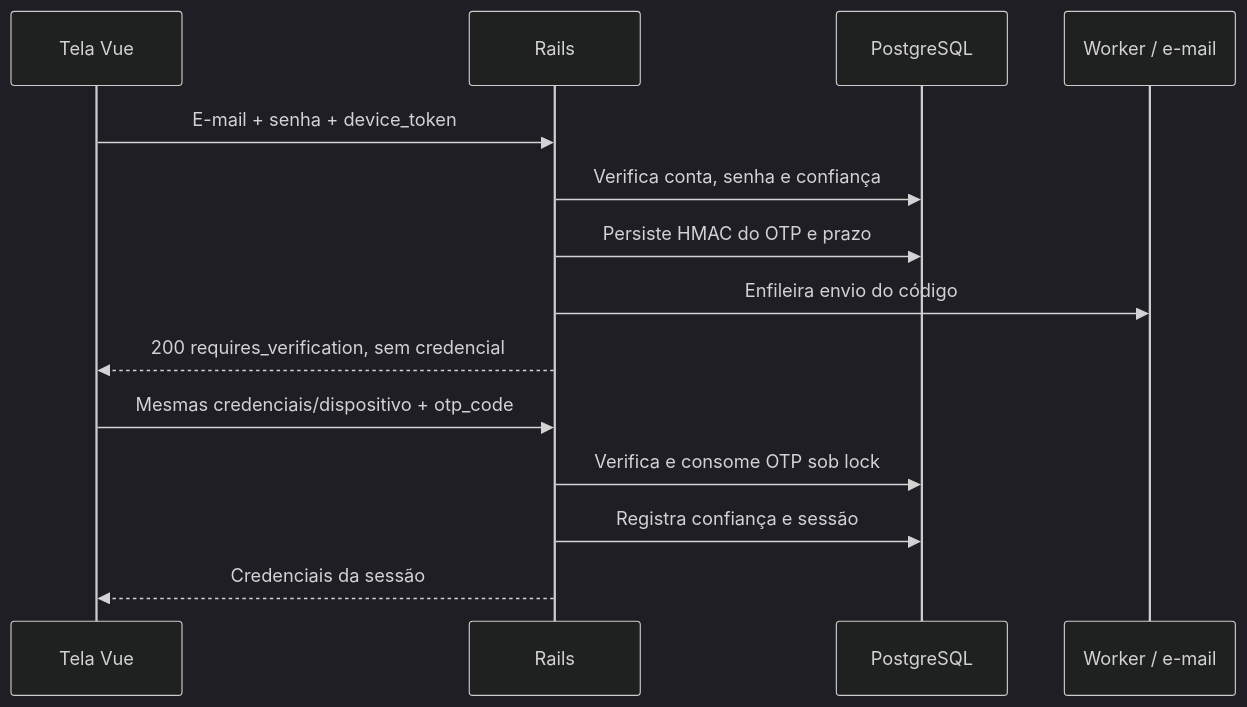
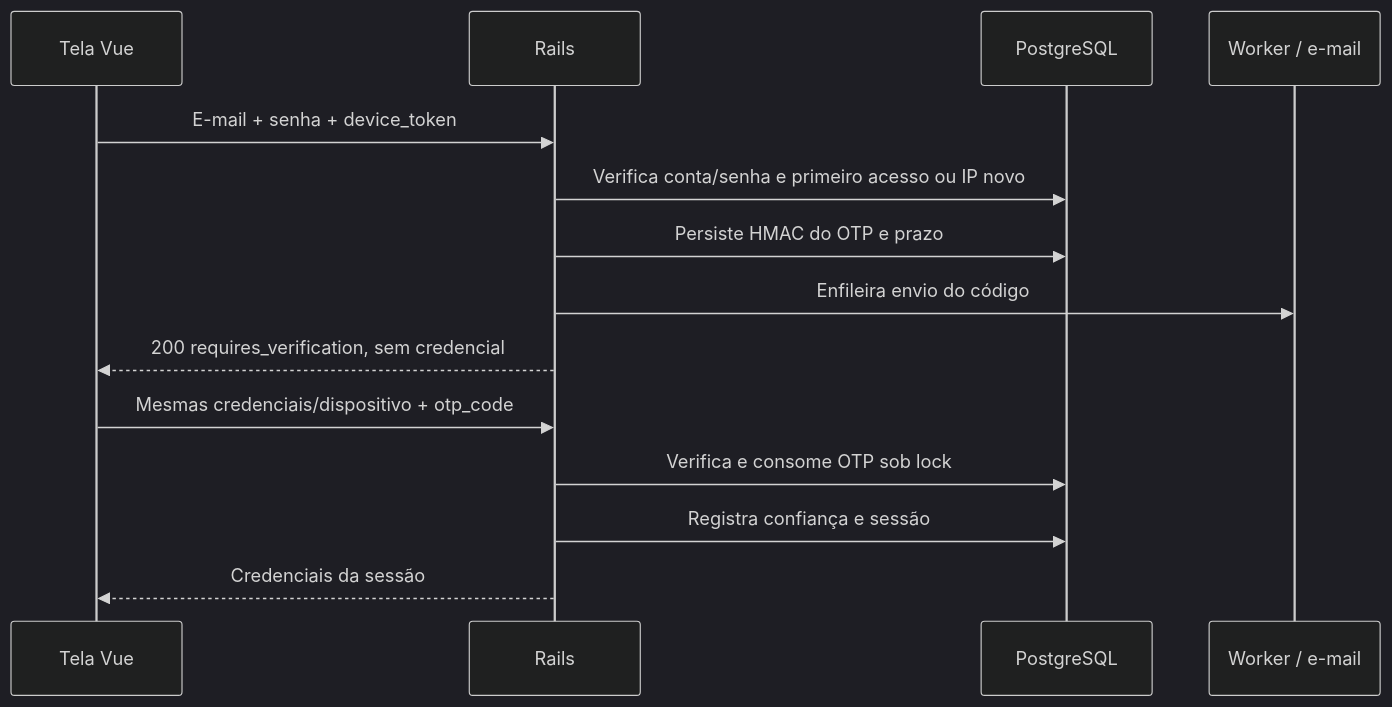
Before and after one commit to Easy-Tecnologia-Inovacao/EasySlotting: the second of 2 diagrams in docs/authentication.md, drawn with Mermaid (dark theme). The commit also changed other lines of this file and 25 other files, not shown here.

````diff
--- a/docs/authentication.md
+++ b/docs/authentication.md
@@ -145,16 +147,16 @@
 ```mermaid
 sequenceDiagram
   participant V as Tela Vue
   participant R as Rails
   participant B as PostgreSQL
   participant M as Worker / e-mail
   V->>R: E-mail + senha + device_token
-  R->>B: Verifica conta, senha e confiança
+  R->>B: Verifica conta/senha e primeiro acesso ou IP novo
   R->>B: Persiste HMAC do OTP e prazo
   R->>M: Enfileira envio do código
   R-->>V: 200 requires_verification, sem credencial
   V->>R: Mesmas credenciais/dispositivo + otp_code
   R->>B: Verifica e consome OTP sob lock
   R->>B: Registra confiança e sessão
   R-->>V: Credenciais da sessão
 ```
````
